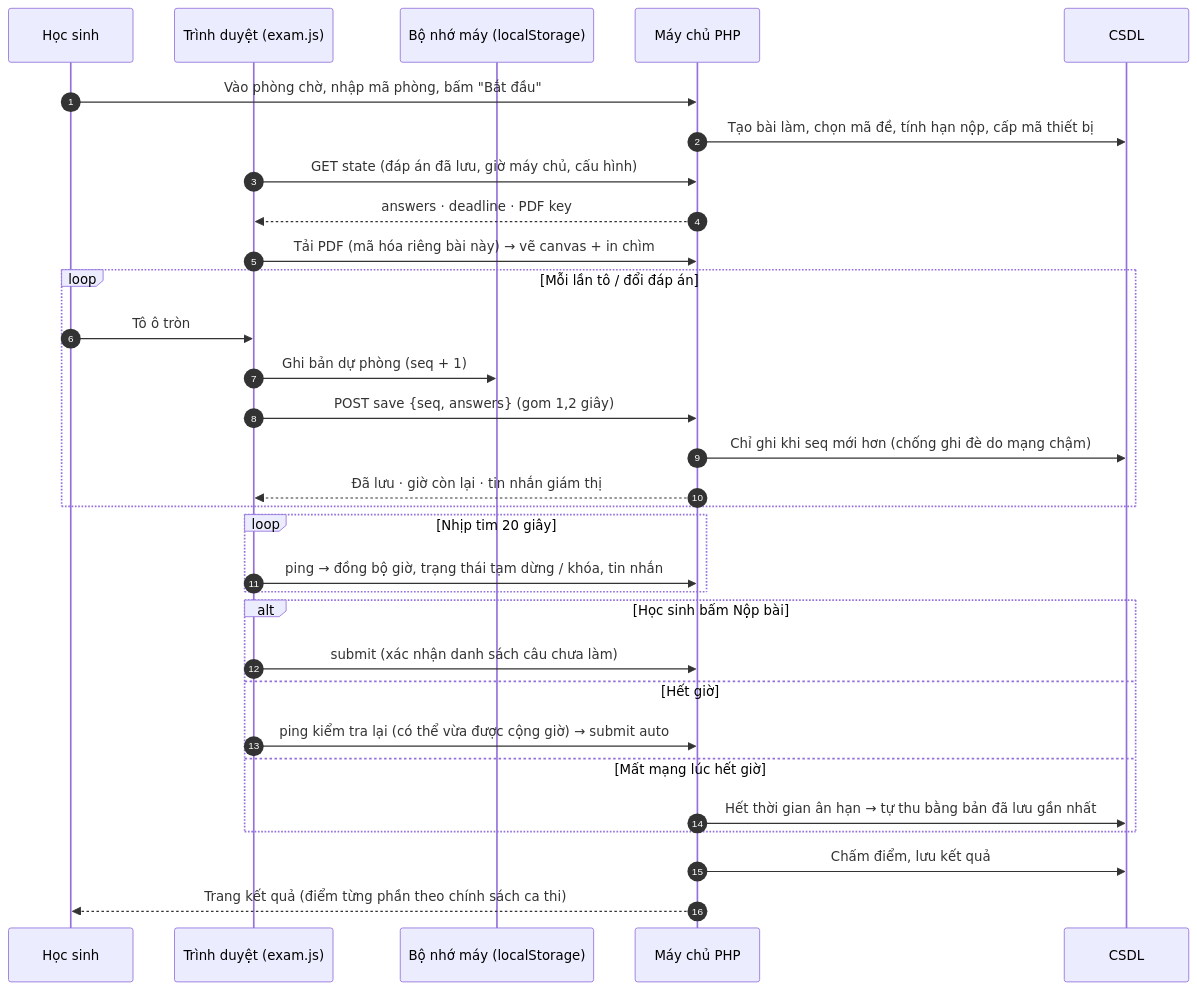
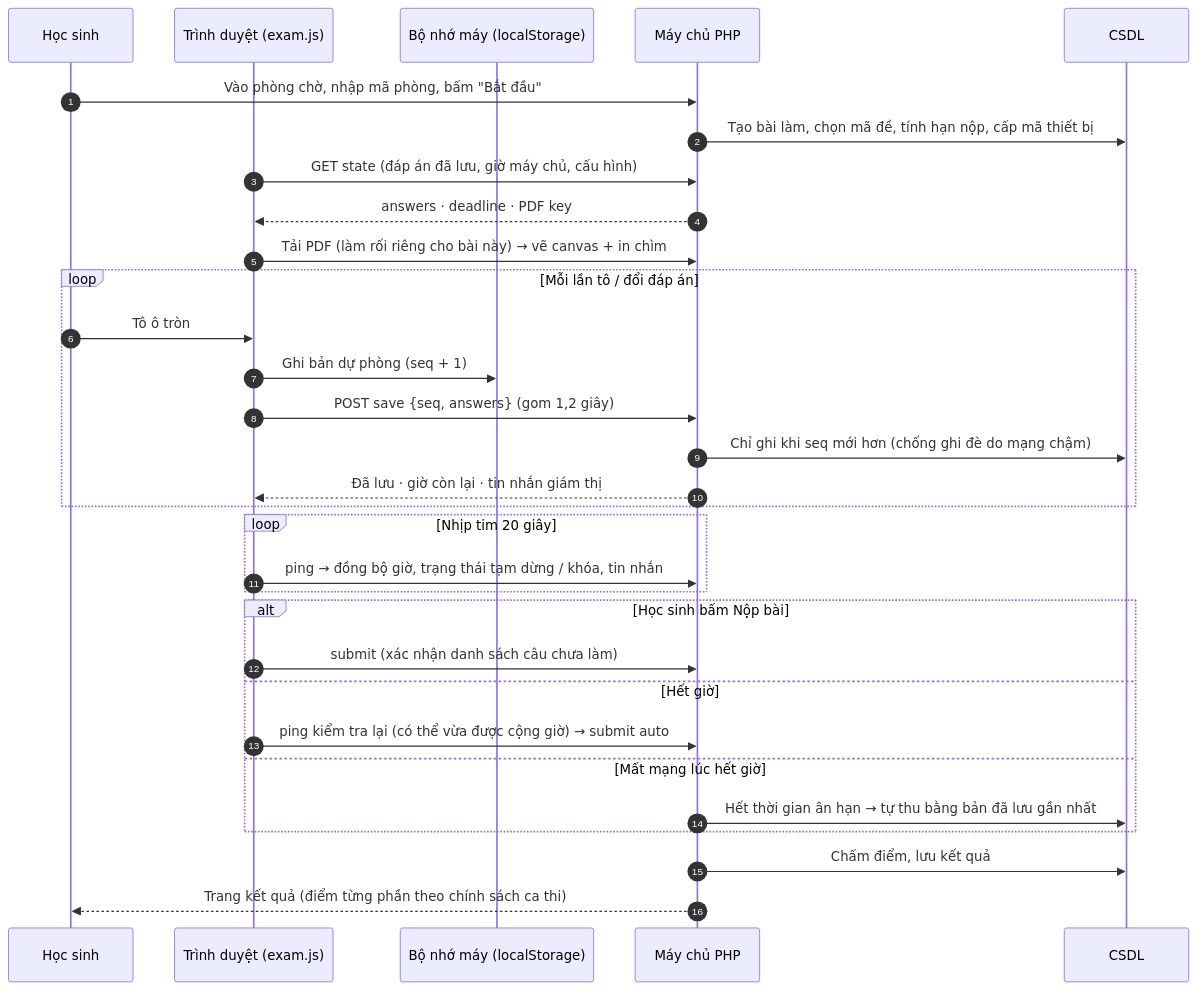
Before and after one commit to tlearnvn/web-thi-tracnghiem-totnghiep: the fourth of 5 diagrams in README.md, drawn with Mermaid. The commit also changed other lines of this file and 21 other files, not shown here.

````diff
--- a/README.md
+++ b/README.md
@@ -208,33 +215,33 @@
 ```mermaid
 sequenceDiagram
     autonumber
     participant HS as Học sinh
     participant JS as Trình duyệt (exam.js)
     participant LS as Bộ nhớ máy (localStorage)
     participant SV as Máy chủ PHP
     participant DB as CSDL
     HS->>SV: Vào phòng chờ, nhập mã phòng, bấm "Bắt đầu"
     SV->>DB: Tạo bài làm, chọn mã đề, tính hạn nộp, cấp mã thiết bị
     JS->>SV: GET state (đáp án đã lưu, giờ máy chủ, cấu hình)
     SV-->>JS: answers · deadline · PDF key
-    JS->>SV: Tải PDF (mã hóa riêng bài này) → vẽ canvas + in chìm
+    JS->>SV: Tải PDF (làm rối riêng cho bài này) → vẽ canvas + in chìm
     loop Mỗi lần tô / đổi đáp án
         HS->>JS: Tô ô tròn
         JS->>LS: Ghi bản dự phòng (seq + 1)
         JS->>SV: POST save {seq, answers} (gom 1,2 giây)
         SV->>DB: Chỉ ghi khi seq mới hơn (chống ghi đè do mạng chậm)
         SV-->>JS: Đã lưu · giờ còn lại · tin nhắn giám thị
     end
     loop Nhịp tim 20 giây
         JS->>SV: ping → đồng bộ giờ, trạng thái tạm dừng / khóa, tin nhắn
     end
     alt Học sinh bấm Nộp bài
         JS->>SV: submit (xác nhận danh sách câu chưa làm)
     else Hết giờ
         JS->>SV: ping kiểm tra lại (có thể vừa được cộng giờ) → submit auto
     else Mất mạng lúc hết giờ
         SV->>DB: Hết thời gian ân hạn → tự thu bằng bản đã lưu gần nhất
     end
     SV->>DB: Chấm điểm, lưu kết quả
     SV-->>HS: Trang kết quả (điểm từng phần theo chính sách ca thi)
 ```
````
